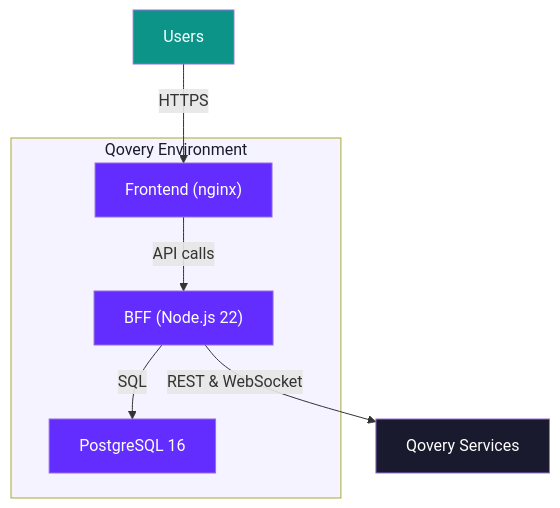
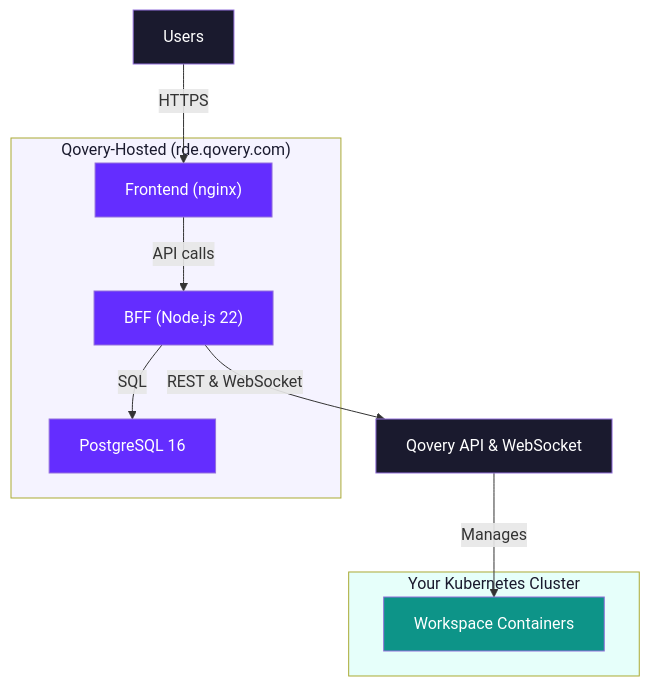
One commit to Qovery/documentation changed the fourth of 4 diagrams in docs/rde/reference/architecture.mdx. Above: the diagram before and after it, drawn with Mermaid. The commit also changed other lines of this file and 6 other files, not shown here.

First line of the commit message:
docs: update RDE Portal docs for hosted model at rde.qovery.com

````diff
--- a/docs/rde/reference/architecture.mdx
+++ b/docs/rde/reference/architecture.mdx
@@ -232,20 +232,27 @@
 ```mermaid
 flowchart TB
-    subgraph QoveryEnv["Qovery Environment"]
+    subgraph Qovery["Qovery-Hosted (rde.qovery.com)"]
         FE["Frontend (nginx)"]
         BFF["BFF (Node.js 22)"]
         DB["PostgreSQL 16"]
     end
 
+    subgraph YourCluster["Your Kubernetes Cluster"]
+        WS1["Workspace Containers"]
+    end
+
     Users["Users"] -->|"HTTPS"| FE
     FE -->|"API calls"| BFF
     BFF -->|"SQL"| DB
-    BFF -->|"REST & WebSocket"| ExtAPI["Qovery Services"]
+    BFF -->|"REST & WebSocket"| QoveryAPI["Qovery API & WebSocket"]
+    QoveryAPI -->|"Manages"| WS1
 
     style FE fill:#642DFF,color:#fff
     style BFF fill:#642DFF,color:#fff
     style DB fill:#642DFF,color:#fff
-    style QoveryEnv fill:#f5f3ff,color:#1a1a2e
-    style Users fill:#0d9488,color:#fff
-    style ExtAPI fill:#1a1a2e,color:#fff
+    style Qovery fill:#f5f3ff,color:#1a1a2e
+    style YourCluster fill:#e6fffa,color:#1a1a2e
+    style WS1 fill:#0d9488,color:#fff
+    style Users fill:#1a1a2e,color:#fff
+    style QoveryAPI fill:#1a1a2e,color:#fff
 ```
````
